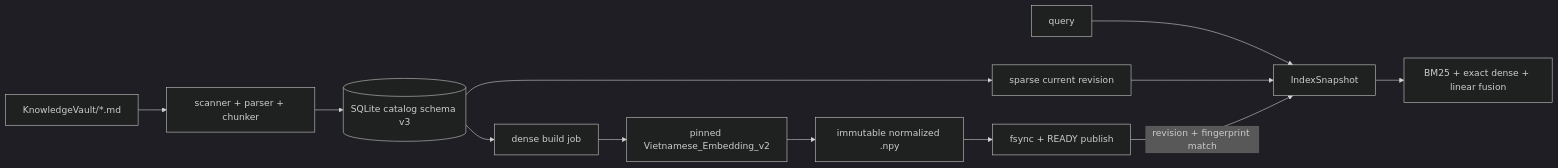
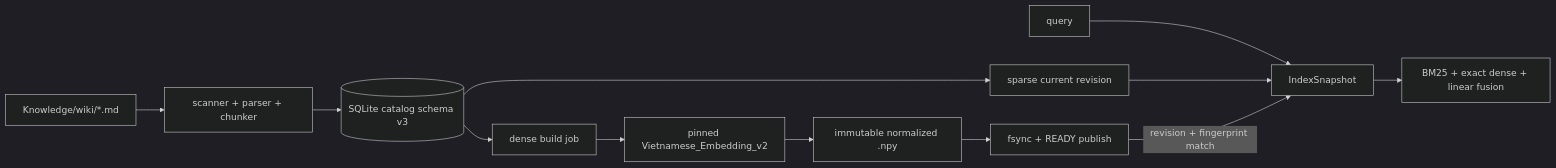
Before and after one commit to finalflash159/soca: the diagram in docs/11-index-lifecycle.md, drawn with Mermaid (dark theme). The commit also changed other lines of this file and 187 other files, not shown here.

````diff
--- a/docs/11-index-lifecycle.md
+++ b/docs/11-index-lifecycle.md
@@ -9,14 +9,14 @@
 ```mermaid
 flowchart LR
-  FS[KnowledgeVault/*.md] --> S[scanner + parser + chunker]
+  FS[Knowledge/wiki/*.md] --> S[scanner + parser + chunker]
   S --> TX[(SQLite catalog schema v3)]
   TX --> SP[sparse current revision]
   TX --> J[dense build job]
   J --> M[pinned Vietnamese_Embedding_v2]
   M --> N[immutable normalized .npy]
   N --> P[fsync + READY publish]
   Q[query] --> SS[IndexSnapshot]
   SP --> SS
   P -->|revision + fingerprint match| SS
   SS --> R[BM25 + exact dense + linear fusion]
 ```
````
